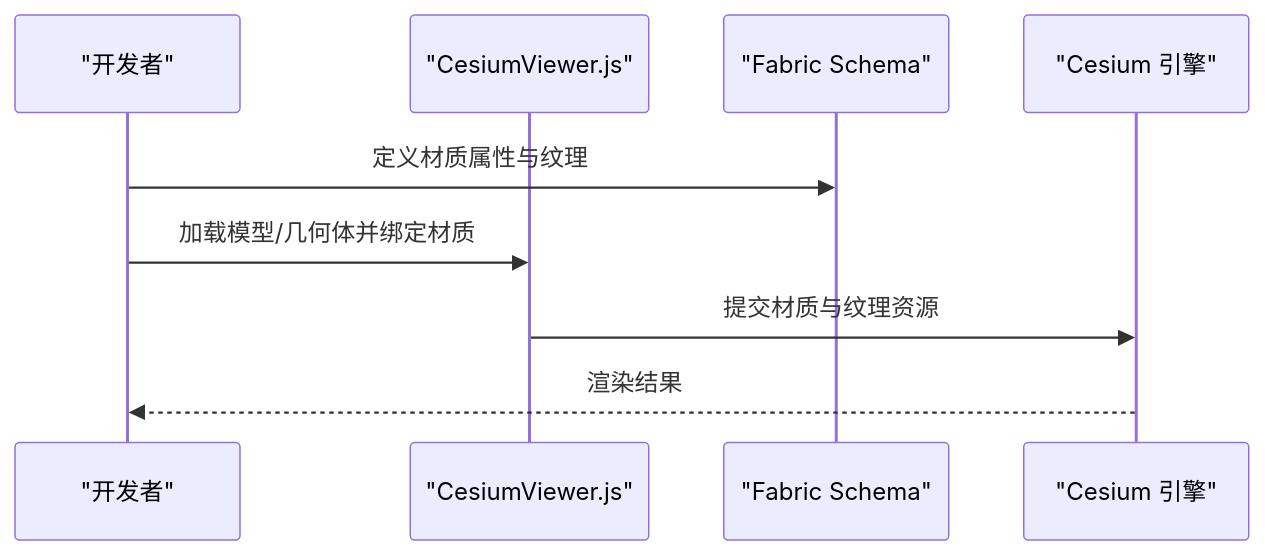
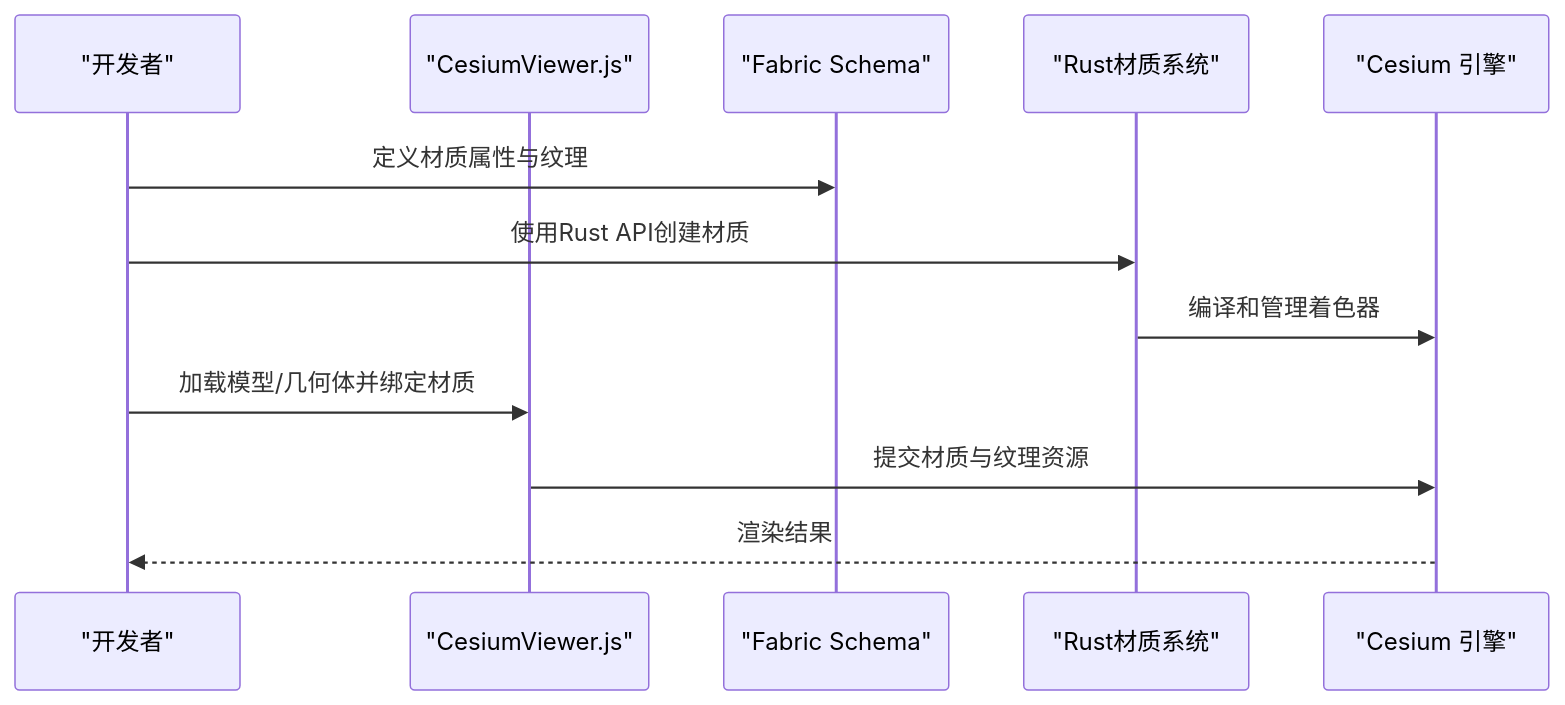
Before and after one commit to rzhangjing/cesium: the ninth of 10 diagrams in .qoder/repowiki/zh/content/项目概述/核心特性/3D渲染引擎/材质与纹理系统.md, drawn with Mermaid. The commit also changed other lines of this file and 30 other files, not shown here.

````diff
--- a/.qoder/repowiki/zh/content/项目概述/核心特性/3D渲染引擎/材质与纹理系统.md
+++ b/.qoder/repowiki/zh/content/项目概述/核心特性/3D渲染引擎/材质与纹理系统.md
@@ -288,11 +471,14 @@
 ```mermaid
 sequenceDiagram
 participant Dev as "开发者"
 participant App as "CesiumViewer.js"
 participant Schema as "Fabric Schema"
+participant RustMat as "Rust材质系统"
 participant Engine as "Cesium 引擎"
 Dev->>Schema : 定义材质属性与纹理
+Dev->>RustMat : 使用Rust API创建材质
+RustMat->>Engine : 编译和管理着色器
 Dev->>App : 加载模型/几何体并绑定材质
 App->>Engine : 提交材质与纹理资源
 Engine-->>Dev : 渲染结果
 ```
````
